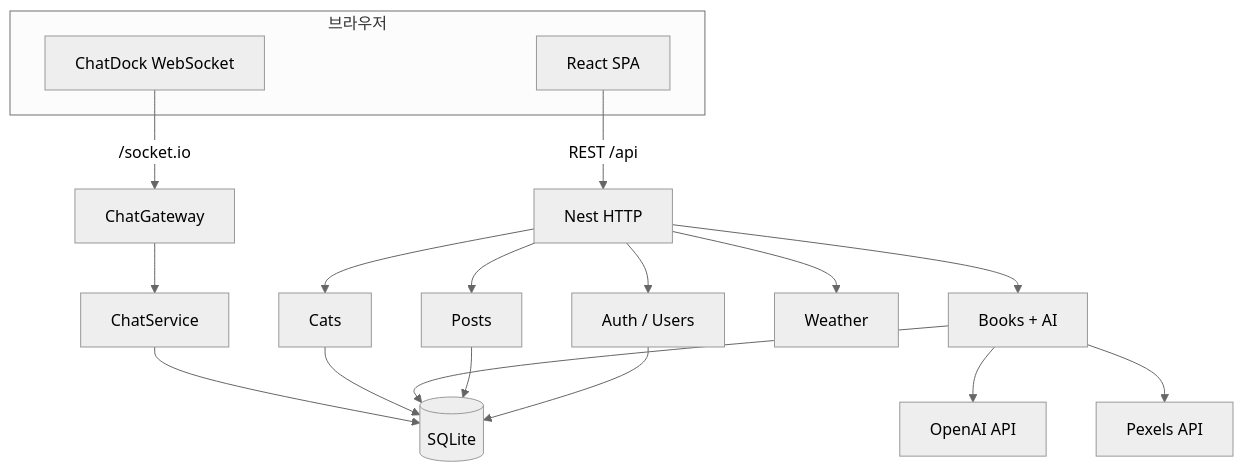
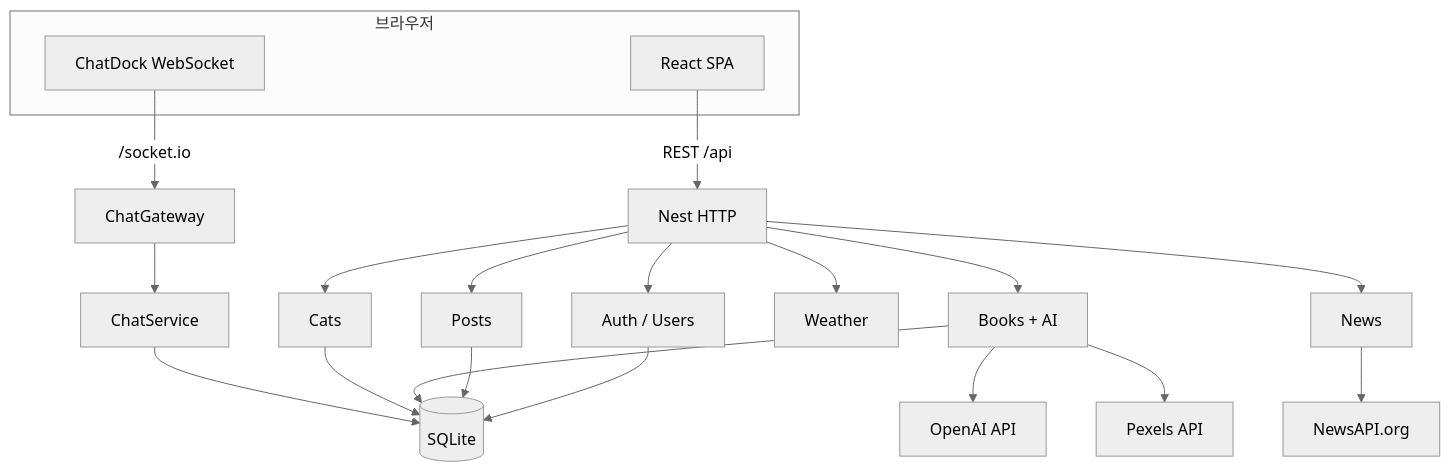
The second of 10 diagrams in docs/PROJECT_ARCHITECTURE.md (kspark-sqisoft/react-auth), drawn with Mermaid before and after one commit. The commit also changed other lines of this file and 22 other files, not shown here.

````diff
--- a/docs/PROJECT_ARCHITECTURE.md
+++ b/docs/PROJECT_ARCHITECTURE.md
@@ -80,23 +81,25 @@
 ```mermaid
 %%{init: {'theme': 'neutral'}}%%
 flowchart TB
   subgraph Browser["브라우저"]
     FE[React SPA]
     ChatWS[ChatDock WebSocket]
   end
   FE -->|REST /api| API[Nest HTTP]
   ChatWS -->|/socket.io| GW[ChatGateway]
   API --> AuthM[Auth / Users]
   API --> PostsM[Posts]
   API --> BooksM[Books + AI]
   API --> CatsM[Cats]
   API --> WxM[Weather]
+  API --> NewsM[News]
   AuthM --> DB[(SQLite)]
   PostsM --> DB
   BooksM --> DB
   CatsM --> DB
   GW --> ChatSvc[ChatService]
   ChatSvc --> DB
   BooksM --> OAI[OpenAI API]
   BooksM --> PX[Pexels API]
+  NewsM --> NAPI[NewsAPI.org]
 ```
````
